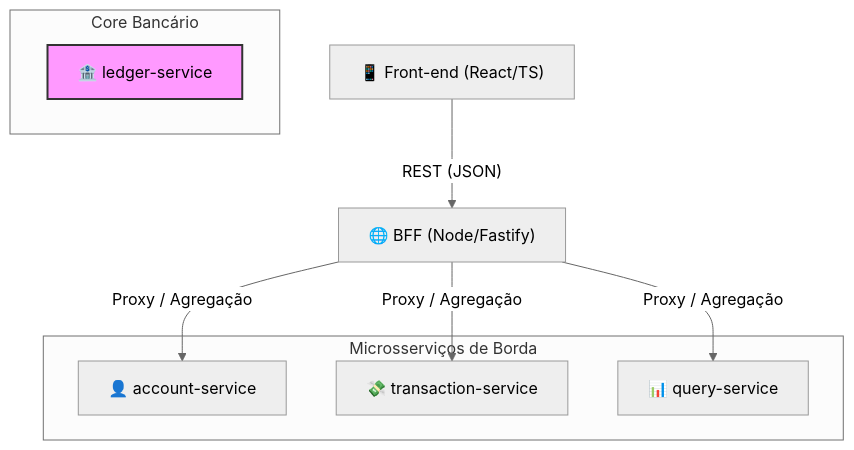
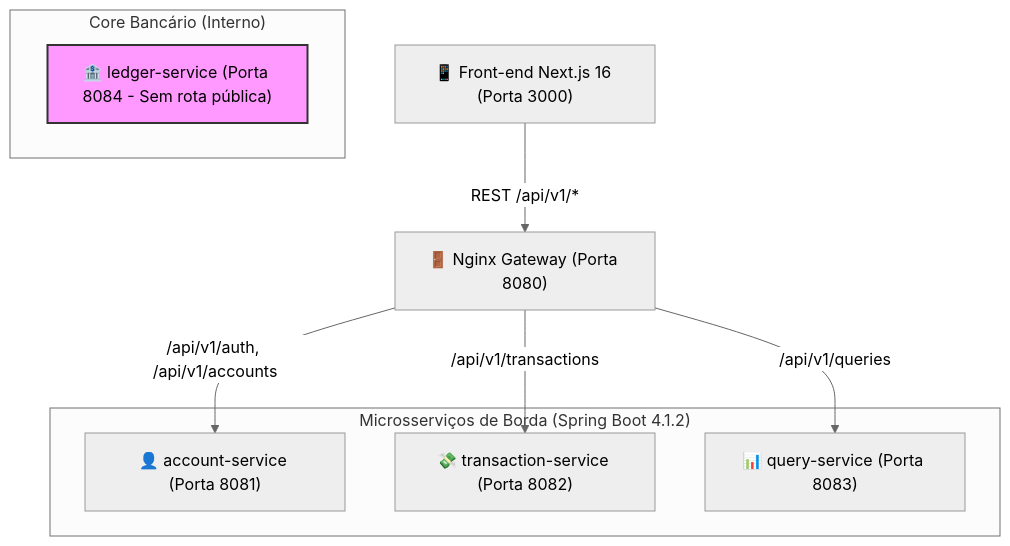
The first of 2 diagrams in docs/plano_desenvolvimento_ledger.md (leosamblas/bank-ledger), drawn with Mermaid (neutral theme) before and after one commit. The commit also changed other lines of this file and 4 other files, not shown here.

Commit message:
docs: update architectural plan for isolated Spring Boot microservices, Nginx gateway, and 4 vertical slices

````diff
--- a/docs/plano_desenvolvimento_ledger.md
+++ b/docs/plano_desenvolvimento_ledger.md
@@ -34,23 +46,23 @@
 ```mermaid
 flowchart TD
-    Client["📱 Front-end (React/TS)"]
-    BFF["🌐 BFF (Node/Fastify)"]
+    Client["📱 Front-end Next.js 16 (Porta 3000)"]
+    Gateway["🚪 Nginx Gateway (Porta 8080)"]
     
-    subgraph "Microsserviços de Borda"
-        Account["👤 account-service"]
-        Transaction["💸 transaction-service"]
-        Query["📊 query-service"]
+    subgraph "Microsserviços de Borda (Spring Boot 4.1.2)"
+        Account["👤 account-service (Porta 8081)"]
+        Transaction["💸 transaction-service (Porta 8082)"]
+        Query["📊 query-service (Porta 8083)"]
     end
     
-    subgraph "Core Bancário"
-        Ledger["🏦 ledger-service"]
+    subgraph "Core Bancário (Interno)"
+        Ledger["🏦 ledger-service (Porta 8084 - Sem rota pública)"]
     end
     
-    Client -- "REST (JSON)" --> BFF
-    BFF -- "Proxy / Agregação" --> Account
-    BFF -- "Proxy / Agregação" --> Transaction
-    BFF -- "Proxy / Agregação" --> Query
+    Client -- "REST /api/v1/*" --> Gateway
+    Gateway -- "/api/v1/auth, /api/v1/accounts" --> Account
+    Gateway -- "/api/v1/transactions" --> Transaction
+    Gateway -- "/api/v1/queries" --> Query
     
     classDef internal fill:#f9f,stroke:#333,stroke-width:2px;
     class Ledger internal;
 ```
````
